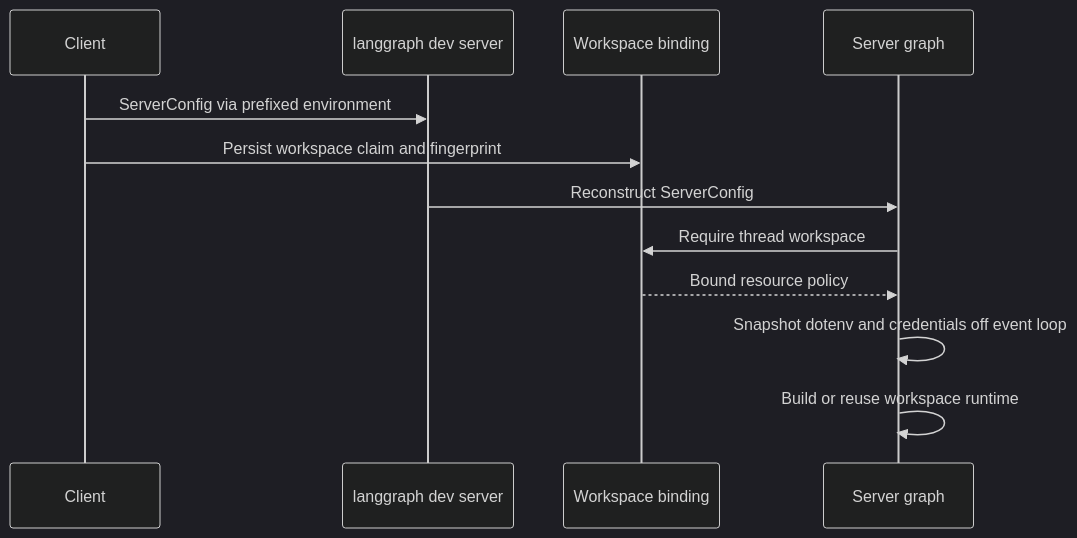
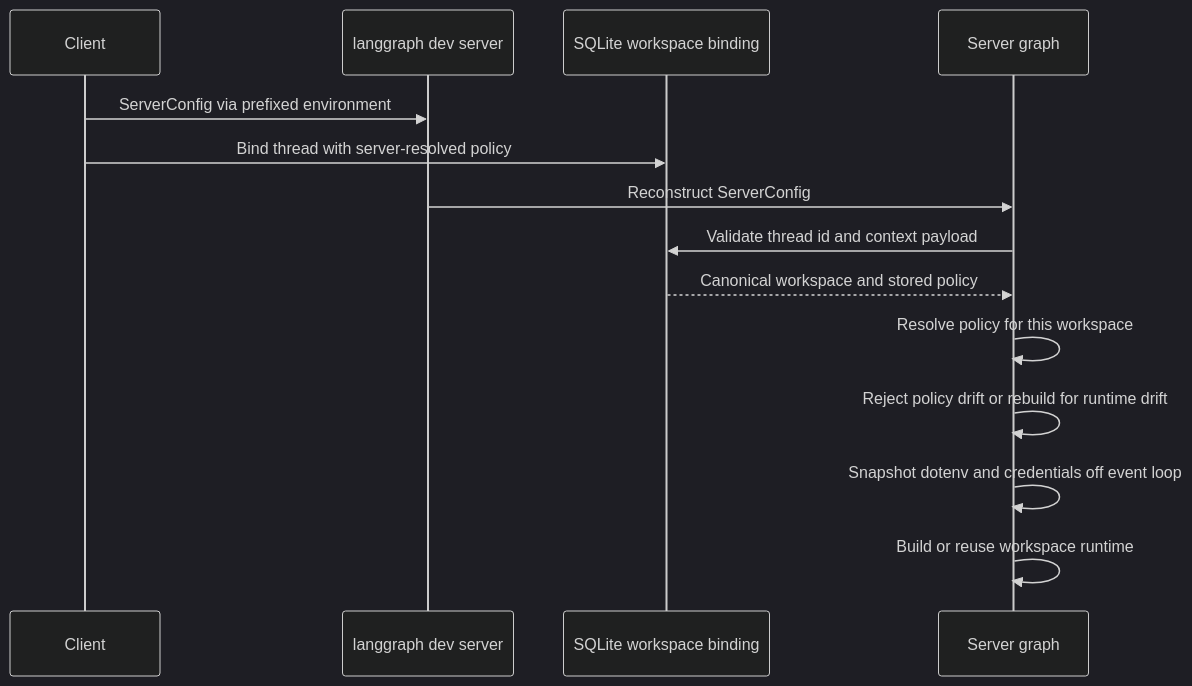
Before and after one commit to langchain-ai/deepagents: the third of 3 diagrams in openwiki/concepts/config-layering.md, drawn with Mermaid (dark theme). The commit also changed other lines of this file and 34 other files, not shown here.

````diff
--- a/openwiki/concepts/config-layering.md
+++ b/openwiki/concepts/config-layering.md
@@ -117,14 +123,16 @@
 ```mermaid
 sequenceDiagram
     participant Client
     participant Server as langgraph dev server
-    participant Binding as Workspace binding
+    participant Binding as SQLite workspace binding
     participant Graph as Server graph
     Client->>Server: ServerConfig via prefixed environment
-    Client->>Binding: Persist workspace claim and fingerprint
+    Client->>Binding: Bind thread with server-resolved policy
     Server->>Graph: Reconstruct ServerConfig
-    Graph->>Binding: Require thread workspace
-    Binding-->>Graph: Bound resource policy
+    Graph->>Binding: Validate thread id and context payload
+    Binding-->>Graph: Canonical workspace and stored policy
+    Graph->>Graph: Resolve policy for this workspace
+    Graph->>Graph: Reject policy drift or rebuild for runtime drift
     Graph->>Graph: Snapshot dotenv and credentials off event loop
     Graph->>Graph: Build or reuse workspace runtime
 ```
````
